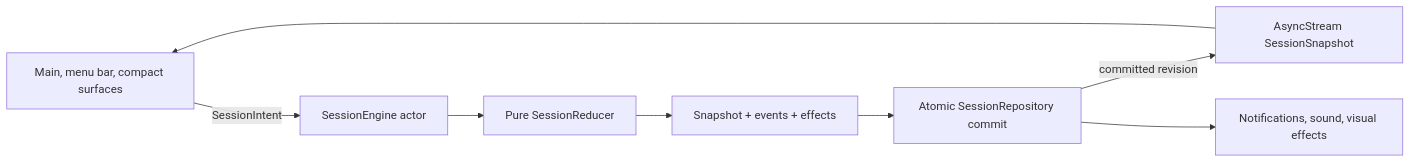
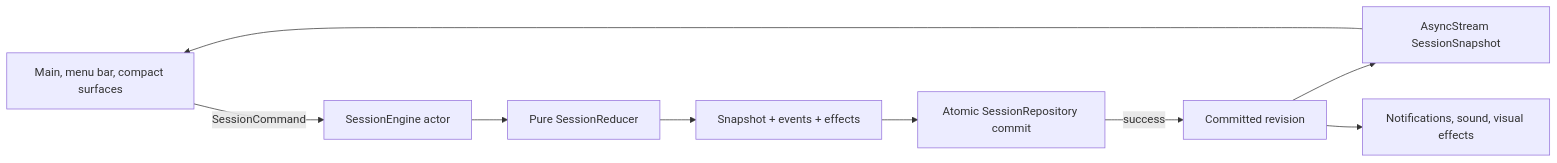
One commit to praxstack/Praxmodoro changed the first of 2 diagrams in openspec/changes/build-native-praxodoro/design.md. Above: the diagram before and after it, drawn with Mermaid. The commit also changed other lines of this file and 22 other files, not shown here.

````diff
--- a/openspec/changes/build-native-praxodoro/design.md
+++ b/openspec/changes/build-native-praxodoro/design.md
@@ -111,10 +115,11 @@
 ```mermaid
 flowchart LR
-    UI["Main, menu bar, compact surfaces"] -->|SessionIntent| Engine["SessionEngine actor"]
+    UI["Main, menu bar, compact surfaces"] -->|SessionCommand| Engine["SessionEngine actor"]
     Engine --> Reducer["Pure SessionReducer"]
     Reducer --> Candidate["Snapshot + events + effects"]
     Candidate --> Repo["Atomic SessionRepository commit"]
-    Repo -->|committed revision| Stream["AsyncStream SessionSnapshot"]
+    Repo -->|success| Committed["Committed revision"]
+    Committed --> Stream["AsyncStream SessionSnapshot"]
     Stream --> UI
-    Repo --> Effects["Notifications, sound, visual effects"]
+    Committed --> Effects["Notifications, sound, visual effects"]
 ```
````
